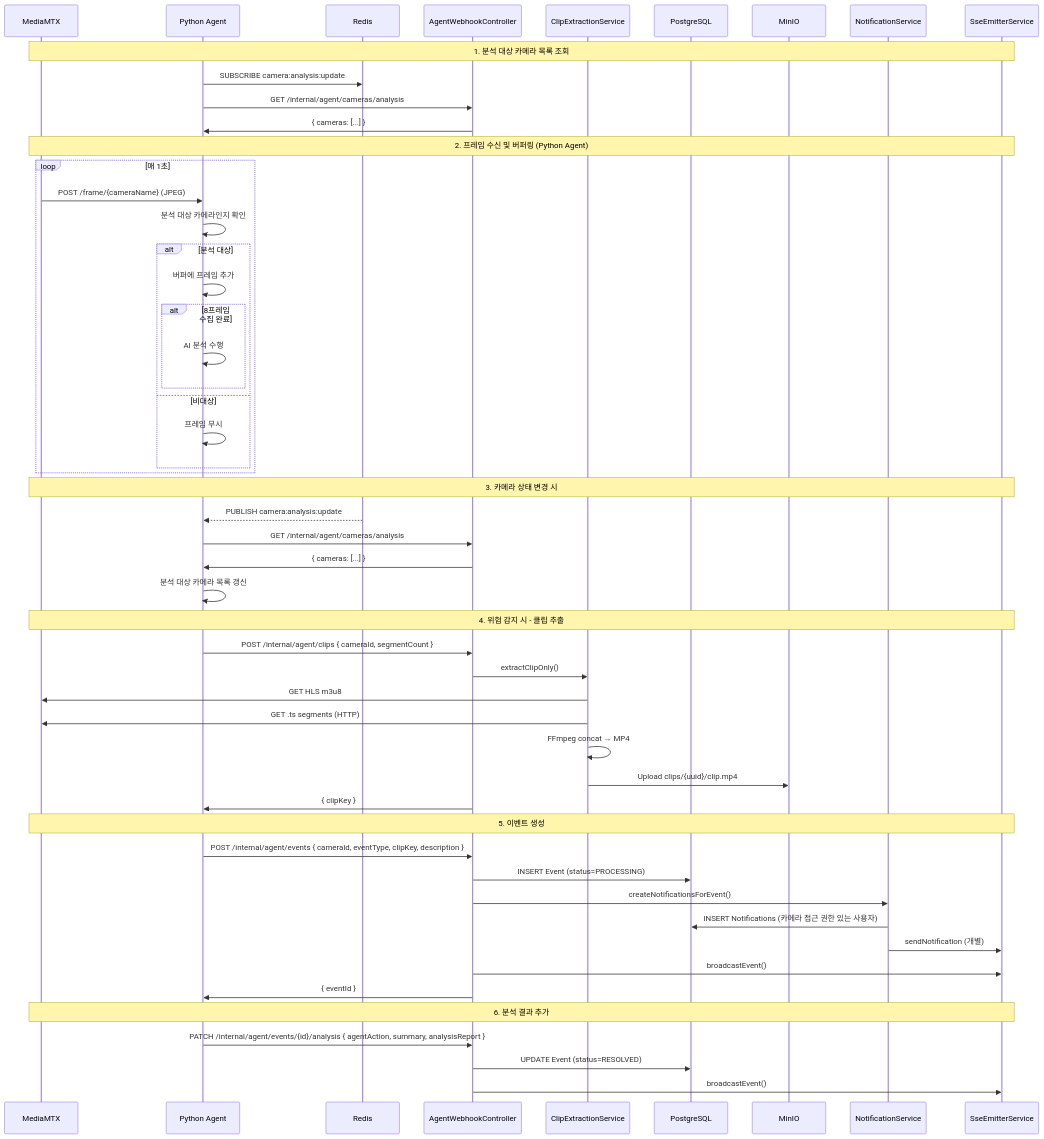
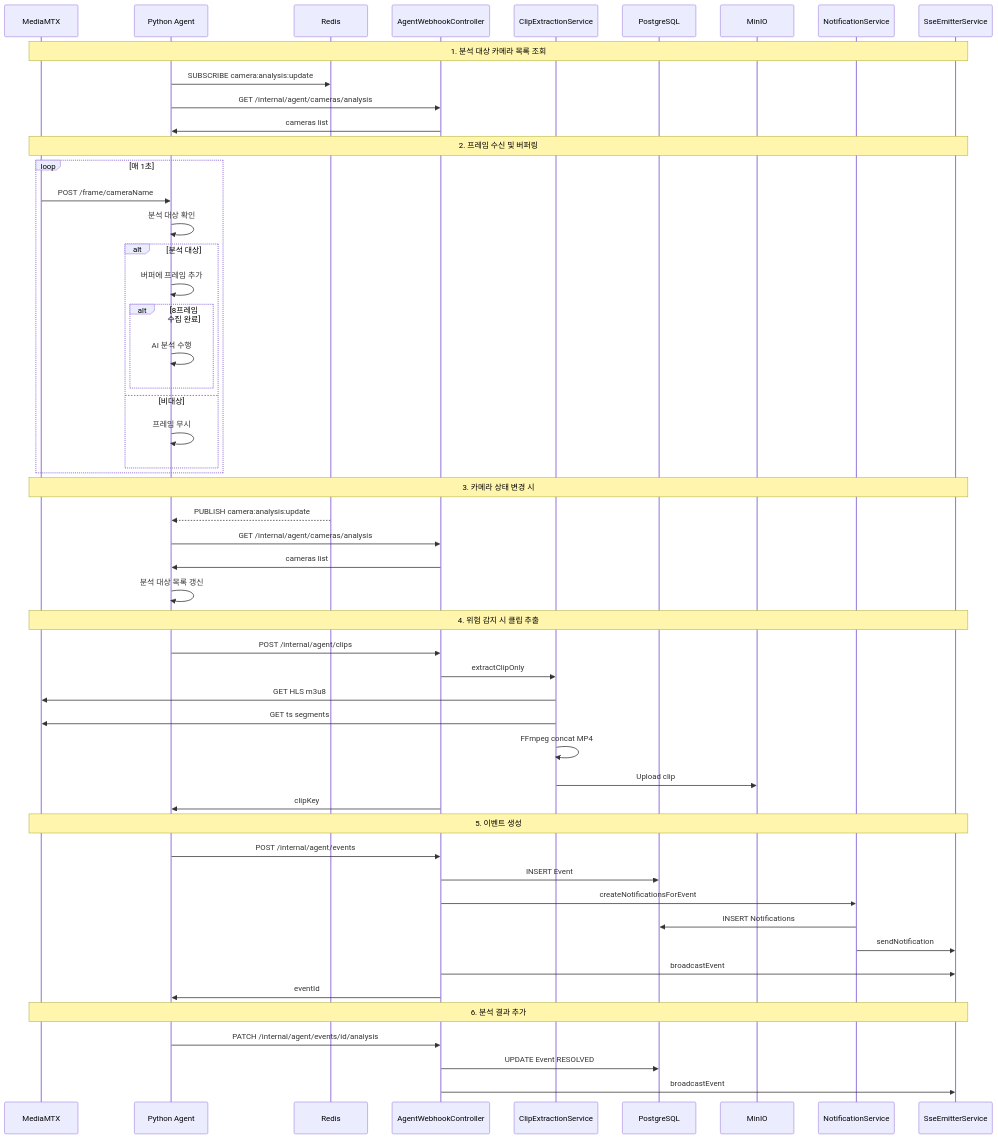
Before and after one commit to AIX-01/aegis-frontend: the fifth of 6 diagrams in WORKFLOWS.md, drawn with Mermaid. The commit also changed other lines of this file, not shown here.

Commit message:
fix: WORKFLOWS.md mermaid 문법 에러 수정

````diff
--- a/WORKFLOWS.md
+++ b/WORKFLOWS.md
@@ -902,62 +902,62 @@
 ```mermaid
 sequenceDiagram
     participant MTX as MediaMTX
     participant Agent as Python Agent
     participant R as Redis
     participant AC as AgentWebhookController
     participant Clip as ClipExtractionService
     participant DB as PostgreSQL
     participant S3 as MinIO
     participant NS as NotificationService
     participant SSE as SseEmitterService
 
     Note over MTX,SSE: 1. 분석 대상 카메라 목록 조회
     Agent->>R: SUBSCRIBE camera:analysis:update
     Agent->>AC: GET /internal/agent/cameras/analysis
-    AC->>Agent: { cameras: [...] }
+    AC->>Agent: cameras list
 
-    Note over MTX,SSE: 2. 프레임 수신 및 버퍼링 (Python Agent)
+    Note over MTX,SSE: 2. 프레임 수신 및 버퍼링
     loop 매 1초
-        MTX->>Agent: POST /frame/{cameraName} (JPEG)
-        Agent->>Agent: 분석 대상 카메라인지 확인
+        MTX->>Agent: POST /frame/cameraName
+        Agent->>Agent: 분석 대상 확인
         
         alt 분석 대상
             Agent->>Agent: 버퍼에 프레임 추가
             
             alt 8프레임 수집 완료
                 Agent->>Agent: AI 분석 수행
             end
         else 비대상
             Agent->>Agent: 프레임 무시
         end
     end
 
     Note over MTX,SSE: 3. 카메라 상태 변경 시
     R-->>Agent: PUBLISH camera:analysis:update
     Agent->>AC: GET /internal/agent/cameras/analysis
-    AC->>Agent: { cameras: [...] }
-    Agent->>Agent: 분석 대상 카메라 목록 갱신
+    AC->>Agent: cameras list
+    Agent->>Agent: 분석 대상 목록 갱신
 
-    Note over MTX,SSE: 4. 위험 감지 시 - 클립 추출
-    Agent->>AC: POST /internal/agent/clips { cameraId, segmentCount }
-    AC->>Clip: extractClipOnly()
+    Note over MTX,SSE: 4. 위험 감지 시 클립 추출
+    Agent->>AC: POST /internal/agent/clips
+    AC->>Clip: extractClipOnly
     Clip->>MTX: GET HLS m3u8
-    Clip->>MTX: GET .ts segments (HTTP)
-    Clip->>Clip: FFmpeg concat → MP4
-    Clip->>S3: Upload clips/{uuid}/clip.mp4
-    AC->>Agent: { clipKey }
+    Clip->>MTX: GET ts segments
+    Clip->>Clip: FFmpeg concat MP4
+    Clip->>S3: Upload clip
+    AC->>Agent: clipKey
 
     Note over MTX,SSE: 5. 이벤트 생성
-    Agent->>AC: POST /internal/agent/events { cameraId, eventType, clipKey, description }
-    AC->>DB: INSERT Event (status=PROCESSING)
-    AC->>NS: createNotificationsForEvent()
-    NS->>DB: INSERT Notifications (카메라 접근 권한 있는 사용자)
-    NS->>SSE: sendNotification (개별)
-    AC->>SSE: broadcastEvent()
-    AC->>Agent: { eventId }
+    Agent->>AC: POST /internal/agent/events
+    AC->>DB: INSERT Event
+    AC->>NS: createNotificationsForEvent
+    NS->>DB: INSERT Notifications
+    NS->>SSE: sendNotification
+    AC->>SSE: broadcastEvent
+    AC->>Agent: eventId
 
     Note over MTX,SSE: 6. 분석 결과 추가
-    Agent->>AC: PATCH /internal/agent/events/{id}/analysis { agentAction, summary, analysisReport }
-    AC->>DB: UPDATE Event (status=RESOLVED)
-    AC->>SSE: broadcastEvent()
+    Agent->>AC: PATCH /internal/agent/events/id/analysis
+    AC->>DB: UPDATE Event RESOLVED
+    AC->>SSE: broadcastEvent
 ```
````
